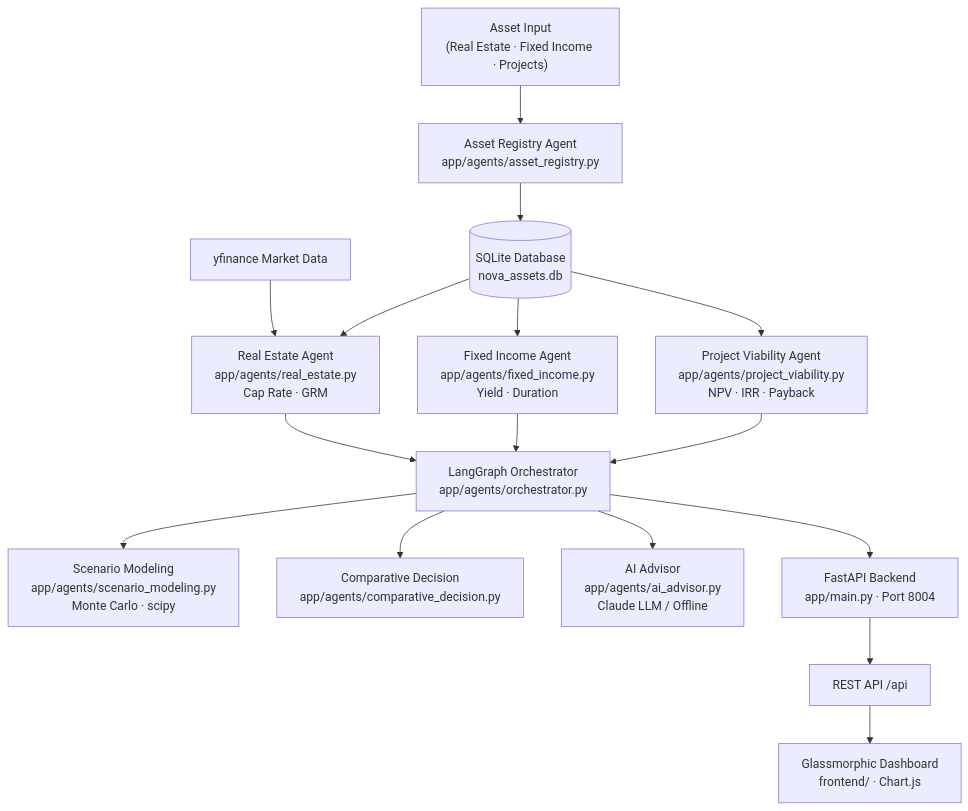
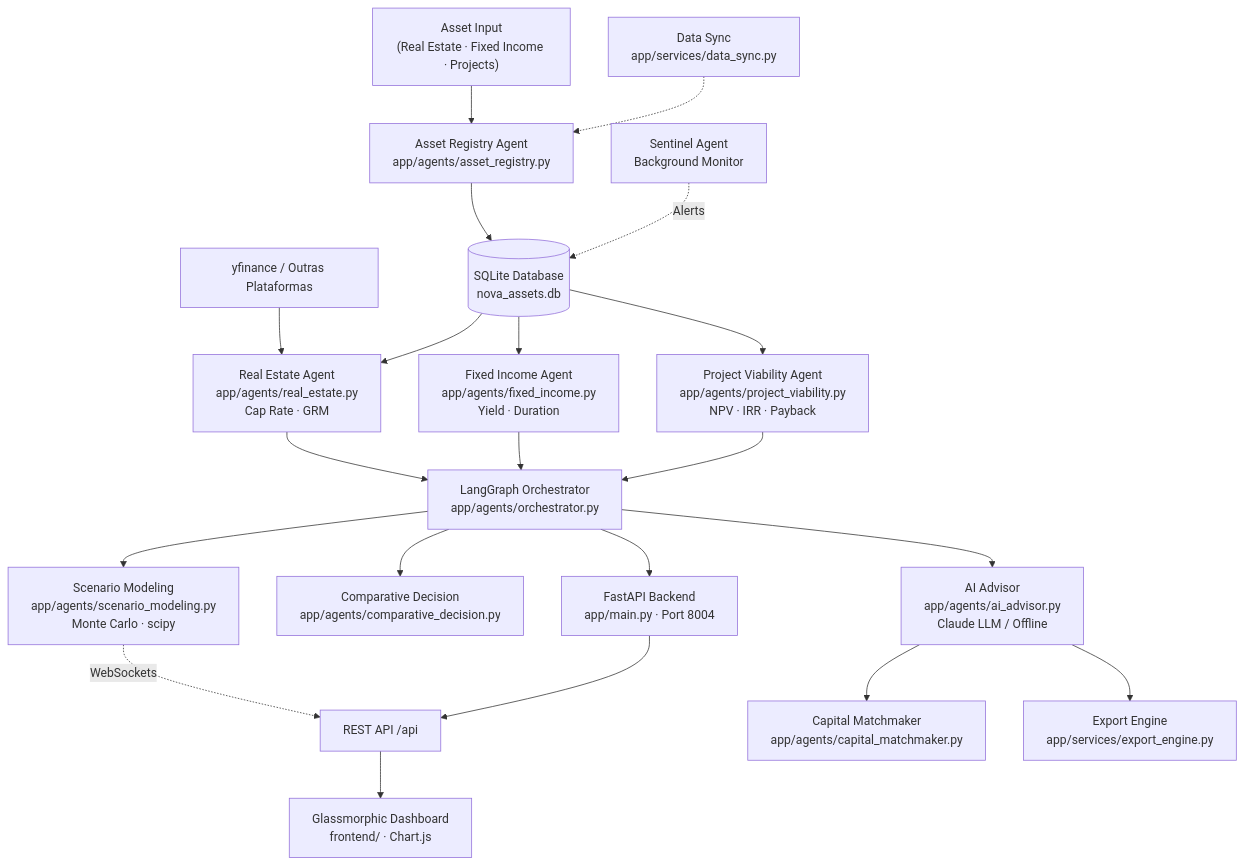
One commit to afild/NOVA changed the diagram in README.md. Above: the diagram before and after it, drawn with Mermaid. The commit also changed other lines of this file and 12 other files, not shown here.

Commit message:
feat: Evolution Framework (Data Sync, WebSockets, Sentinel, Matchmaker)

````diff
--- a/README.md
+++ b/README.md
@@ -53,18 +61,24 @@
 ```mermaid
 graph TD
     A["Asset Input<br/>(Real Estate · Fixed Income · Projects)"] --> B["Asset Registry Agent<br/>app/agents/asset_registry.py"]
+    SYNC["Data Sync<br/>app/services/data_sync.py"] -.-> B
     B --> C[("SQLite Database<br/>nova_assets.db")]
-    D["yfinance Market Data"] --> E
+    D["yfinance / Outras Plataformas"] --> E
     C --> E["Real Estate Agent<br/>app/agents/real_estate.py<br/>Cap Rate · GRM"]
     C --> F["Fixed Income Agent<br/>app/agents/fixed_income.py<br/>Yield · Duration"]
     C --> G["Project Viability Agent<br/>app/agents/project_viability.py<br/>NPV · IRR · Payback"]
     E --> H["LangGraph Orchestrator<br/>app/agents/orchestrator.py"]
     F --> H
     G --> H
     H --> I["Scenario Modeling<br/>app/agents/scenario_modeling.py<br/>Monte Carlo · scipy"]
+    I -.->|"WebSockets"| M
     H --> J["Comparative Decision<br/>app/agents/comparative_decision.py"]
     H --> K["AI Advisor<br/>app/agents/ai_advisor.py<br/>Claude LLM / Offline"]
+    K --> MMATCH["Capital Matchmaker<br/>app/agents/capital_matchmaker.py"]
+    K --> EXPORT["Export Engine<br/>app/services/export_engine.py"]
     H --> L["FastAPI Backend<br/>app/main.py · Port 8004"]
     L --> M["REST API /api"]
     M --> N["Glassmorphic Dashboard<br/>frontend/ · Chart.js"]
+    
+    SENTINEL["Sentinel Agent<br/>Background Monitor"] -.->|"Alerts"| C
 ```
````
